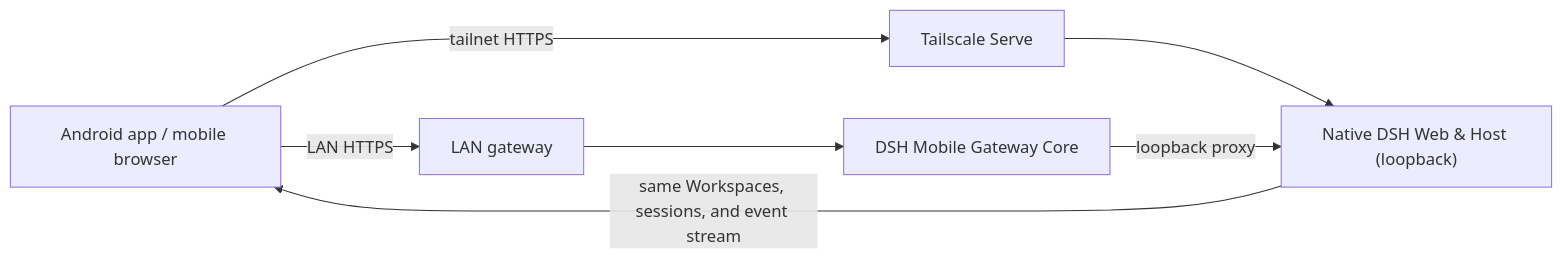
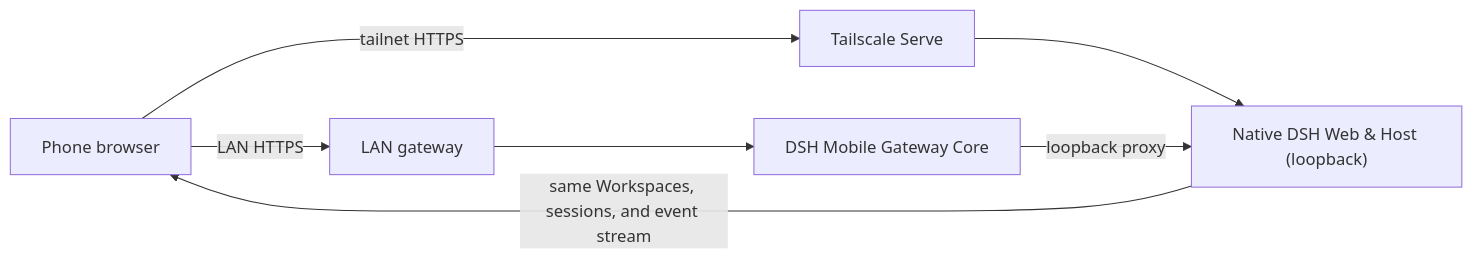
The diagram in README.en.md (qiushenjie/dsh-mobile-tailscale), drawn with Mermaid before and after one commit. The commit also changed other lines of this file and 6 other files, not shown here.

````diff
--- a/README.en.md
+++ b/README.en.md
@@ -263,9 +258,9 @@
 ```mermaid
 flowchart LR
-  Phone["Android app / mobile browser"] -->|"LAN HTTPS"| Lan["LAN gateway"]
+  Phone["Phone browser"] -->|"LAN HTTPS"| Lan["LAN gateway"]
   Phone -->|"tailnet HTTPS"| Serve["Tailscale Serve"]
   Lan --> Gateway["DSH Mobile Gateway Core"]
   Serve --> DSH["Native DSH Web & Host (loopback)"]
   Gateway -->|"loopback proxy"| DSH
   DSH -->|"same Workspaces, sessions, and event stream"| Phone
 ```
````
